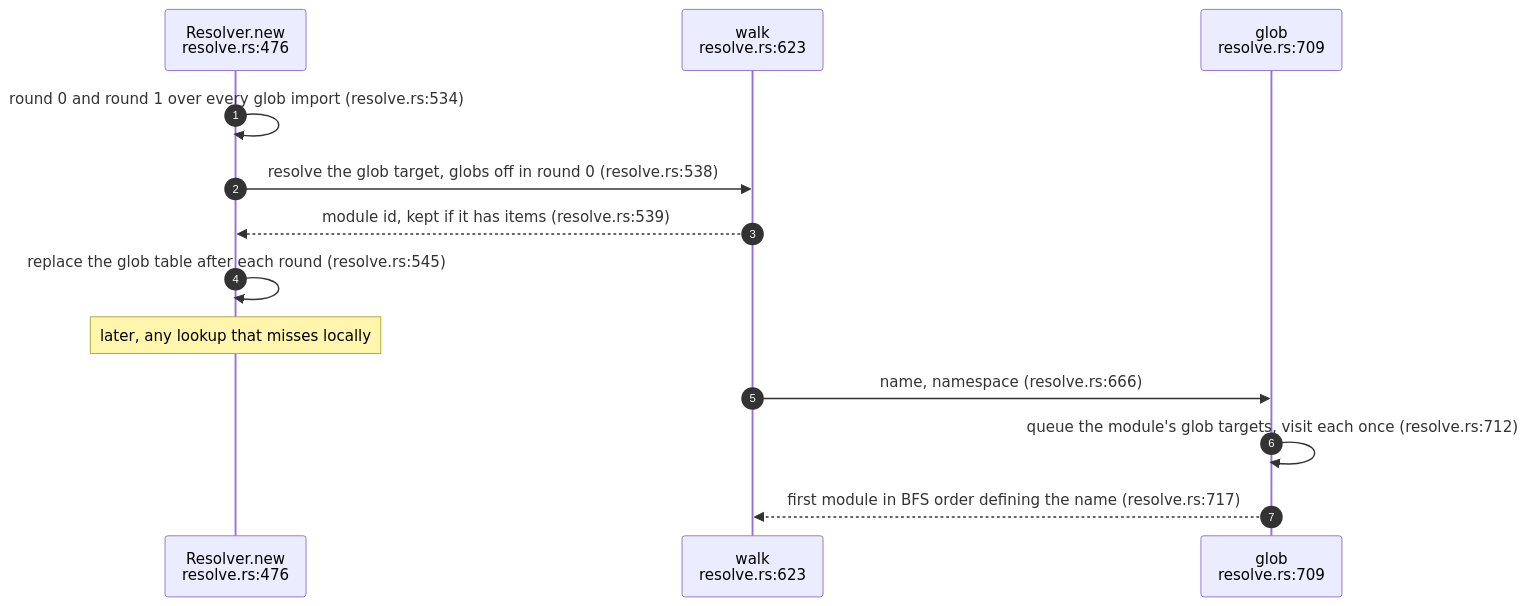
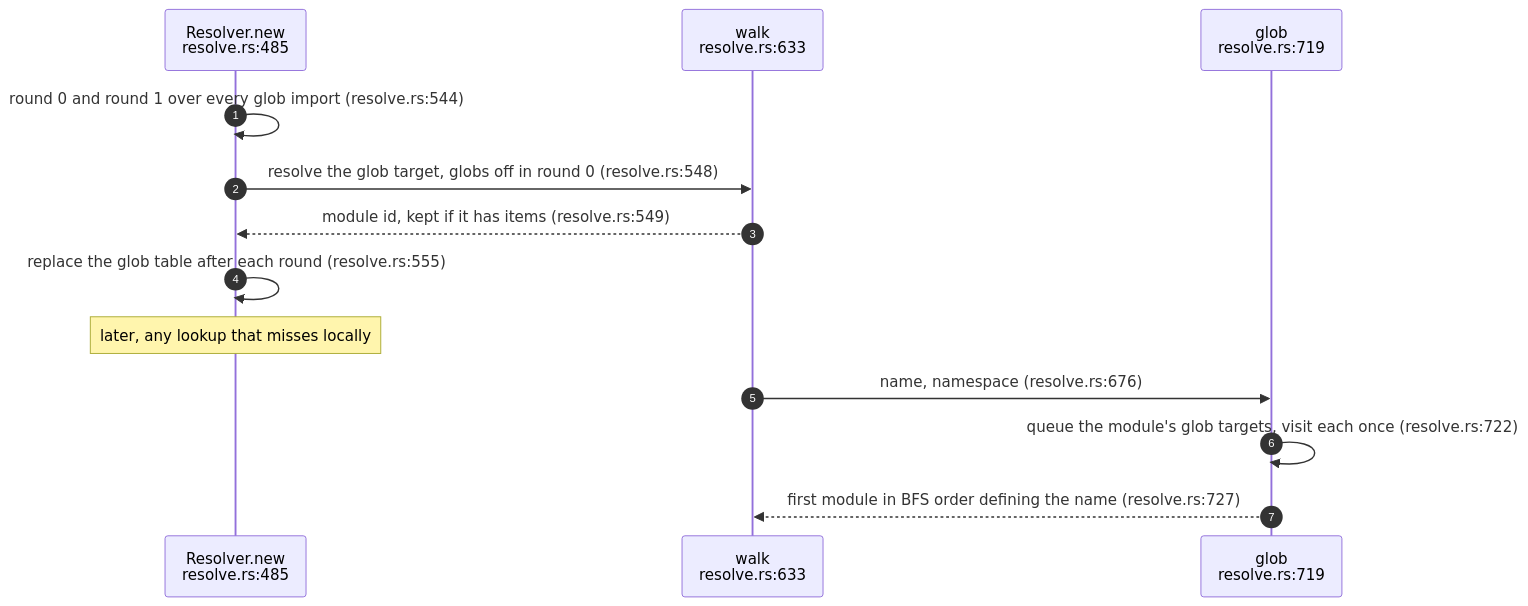
One commit to DreamLab-AI/codemaid changed the third of 6 diagrams in docs/diagrams/extract/05-workspace-name-resolution.md. Above: the diagram before and after it, drawn with Mermaid. The commit also changed other lines of this file and 23 other files, not shown here.

````diff
--- a/docs/diagrams/extract/05-workspace-name-resolution.md
+++ b/docs/diagrams/extract/05-workspace-name-resolution.md
@@ -147,15 +157,15 @@
 ```mermaid
 sequenceDiagram
     autonumber
-    participant NW as Resolver.new<br/>resolve.rs:476
-    participant WK as walk<br/>resolve.rs:623
-    participant GB as glob<br/>resolve.rs:709
-    NW->>NW: round 0 and round 1 over every glob import (resolve.rs:534)
-    NW->>WK: resolve the glob target, globs off in round 0 (resolve.rs:538)
-    WK-->>NW: module id, kept if it has items (resolve.rs:539)
-    NW->>NW: replace the glob table after each round (resolve.rs:545)
+    participant NW as Resolver.new<br/>resolve.rs:485
+    participant WK as walk<br/>resolve.rs:633
+    participant GB as glob<br/>resolve.rs:719
+    NW->>NW: round 0 and round 1 over every glob import (resolve.rs:544)
+    NW->>WK: resolve the glob target, globs off in round 0 (resolve.rs:548)
+    WK-->>NW: module id, kept if it has items (resolve.rs:549)
+    NW->>NW: replace the glob table after each round (resolve.rs:555)
     Note over NW: later, any lookup that misses locally
-    WK->>GB: name, namespace (resolve.rs:666)
-    GB->>GB: queue the module's glob targets, visit each once (resolve.rs:712)
-    GB-->>WK: first module in BFS order defining the name (resolve.rs:717)
+    WK->>GB: name, namespace (resolve.rs:676)
+    GB->>GB: queue the module's glob targets, visit each once (resolve.rs:722)
+    GB-->>WK: first module in BFS order defining the name (resolve.rs:727)
 ```
````
